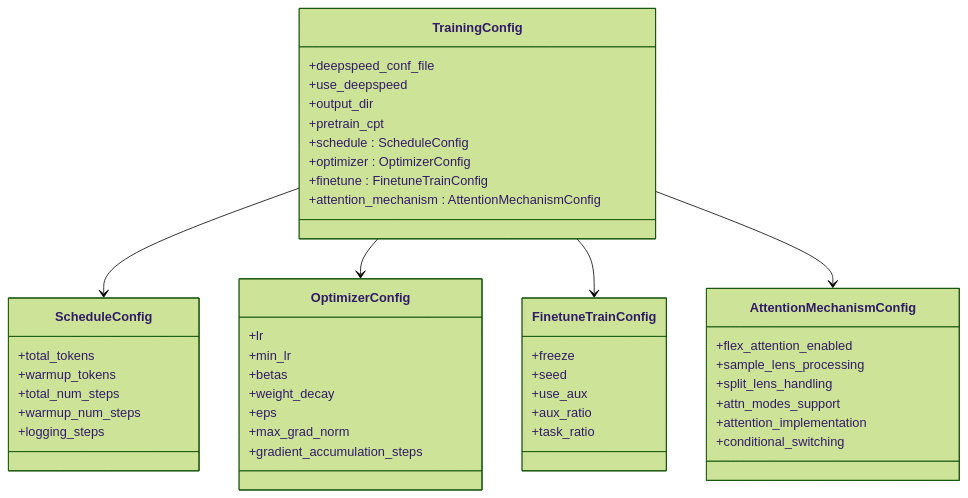
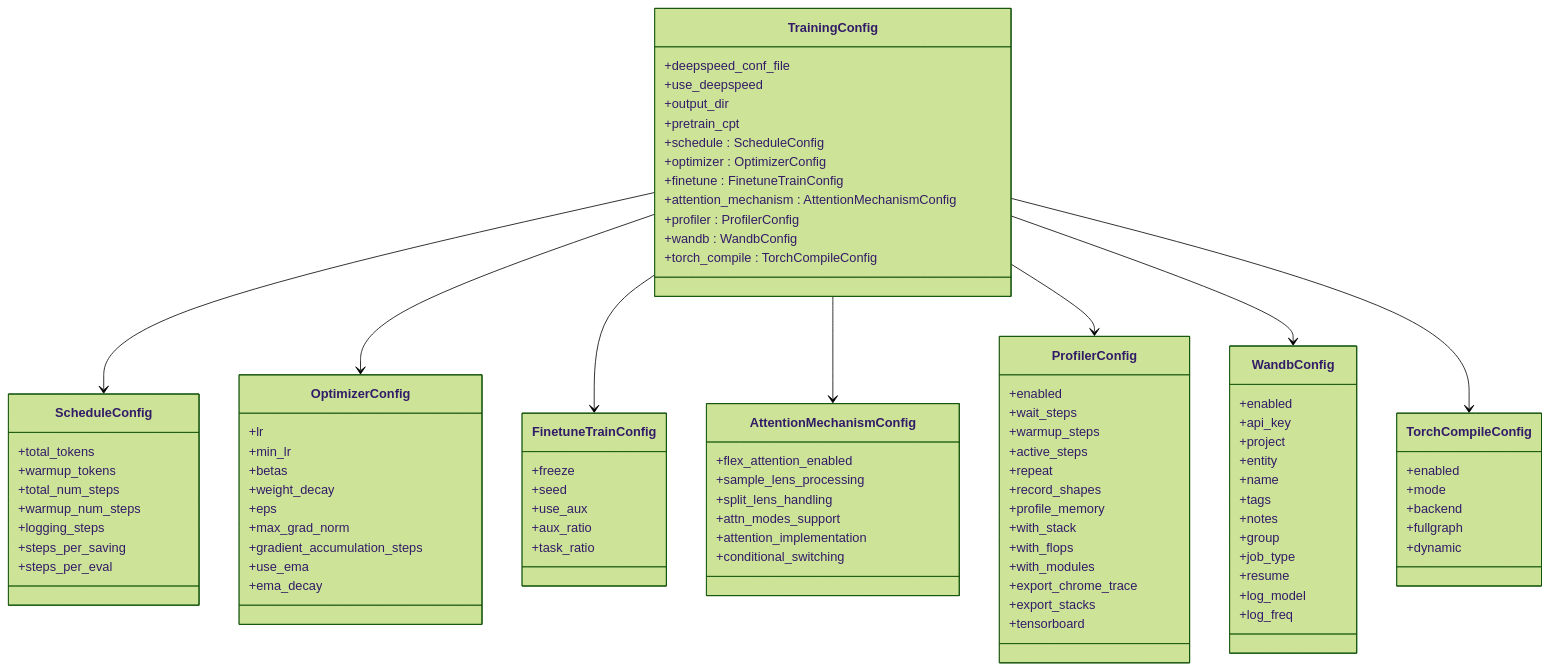
The seventh of 12 diagrams in .qoder/repowiki/en/content/Utility Functions/Training Support.md (alibaba/graph-gpt), drawn with Mermaid (forest theme) before and after one commit. The commit also changed other lines of this file and 6 other files, not shown here.

Commit message:
support torch compile

````diff
--- a/.qoder/repowiki/en/content/Utility Functions/Training Support.md
+++ b/.qoder/repowiki/en/content/Utility Functions/Training Support.md
@@ -393,6 +415,9 @@
 +optimizer : OptimizerConfig
 +finetune : FinetuneTrainConfig
 +attention_mechanism : AttentionMechanismConfig
++profiler : ProfilerConfig
++wandb : WandbConfig
++torch_compile : TorchCompileConfig
 }
 class ScheduleConfig {
 +total_tokens
@@ -400,6 +425,8 @@
 +total_num_steps
 +warmup_num_steps
 +logging_steps
++steps_per_saving
++steps_per_eval
 }
 class OptimizerConfig {
 +lr
@@ -409,6 +436,8 @@
 +eps
 +max_grad_norm
 +gradient_accumulation_steps
++use_ema
++ema_decay
 }
 class FinetuneTrainConfig {
 +freeze
@@ -425,8 +454,47 @@
 +attention_implementation
 +conditional_switching
 }
+class ProfilerConfig {
++enabled
++wait_steps
++warmup_steps
++active_steps
++repeat
++record_shapes
++profile_memory
++with_stack
++with_flops
++with_modules
++export_chrome_trace
++export_stacks
++tensorboard
+}
+class WandbConfig {
++enabled
++api_key
++project
++entity
++name
++tags
++notes
++group
++job_type
++resume
++log_model
++log_freq
+}
+class TorchCompileConfig {
++enabled
++mode
++backend
++fullgraph
++dynamic
+}
 TrainingConfig --> ScheduleConfig
 TrainingConfig --> OptimizerConfig
 TrainingConfig --> FinetuneTrainConfig
 TrainingConfig --> AttentionMechanismConfig
+TrainingConfig --> ProfilerConfig
+TrainingConfig --> WandbConfig
+TrainingConfig --> TorchCompileConfig
 ```
````
